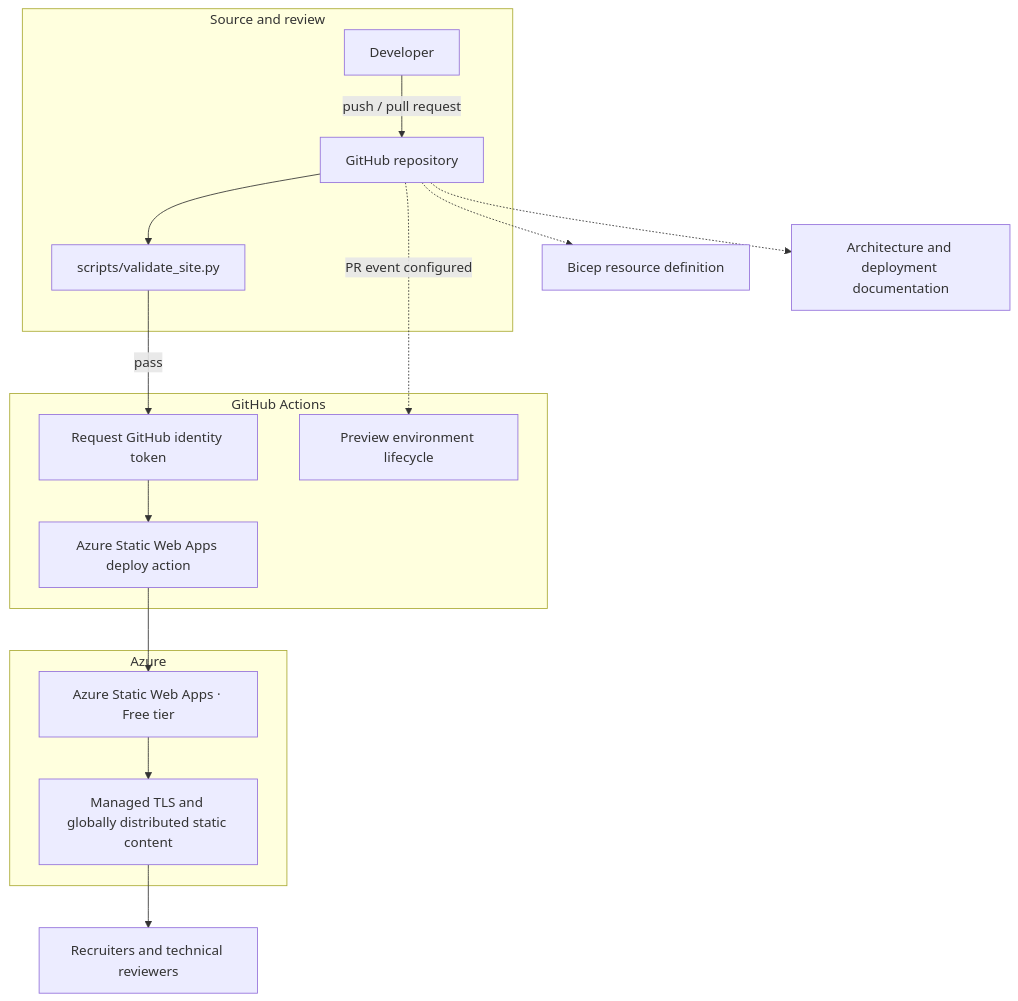
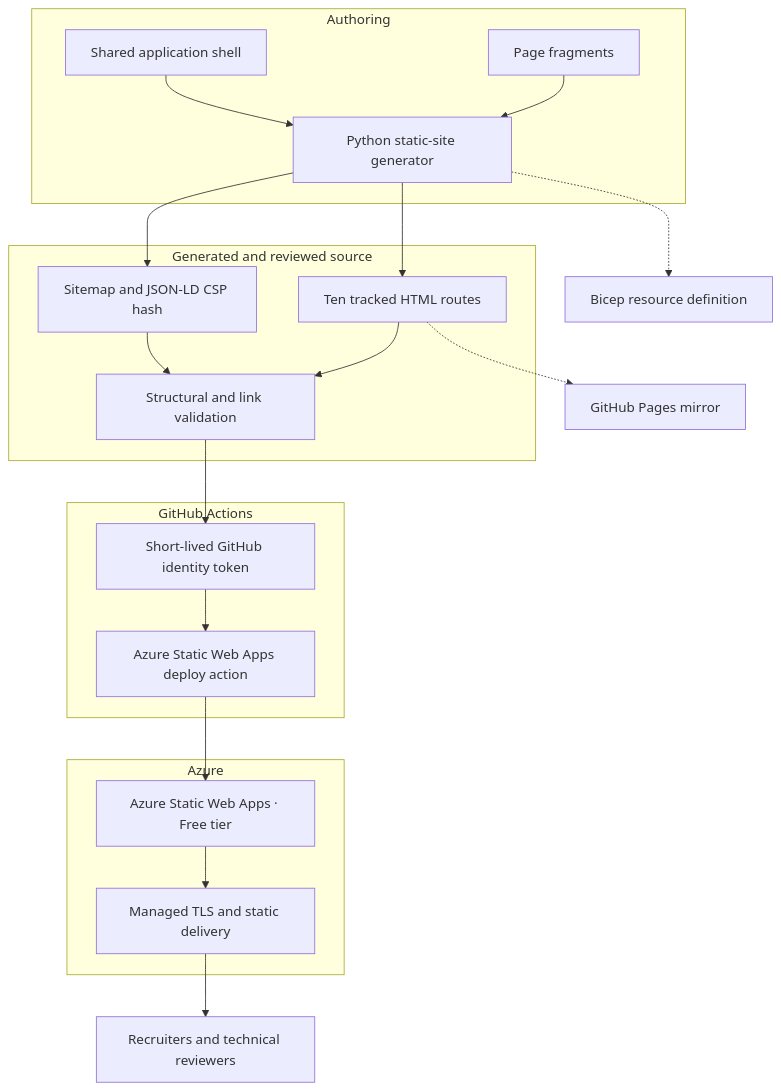
One commit to yossefseit/yossefseit.github.io changed the diagram in docs/architecture.md. Above: the diagram before and after it, drawn with Mermaid. The commit also changed other lines of this file and 63 other files, not shown here.

````diff
--- a/docs/architecture.md
+++ b/docs/architecture.md
@@ -12,22 +12,31 @@
 ```mermaid
 flowchart TD
-    subgraph Source["Source and review"]
-        Developer["Developer"] -->|"push / pull request"| Repository["GitHub repository"]
-        Repository --> Validator["scripts/validate_site.py"]
+    subgraph Authoring["Authoring"]
+        Content["Page fragments"]
+        Template["Shared application shell"]
+        Generator["Python static-site generator"]
+        Content --> Generator
+        Template --> Generator
+    end
+
+    subgraph Review["Generated and reviewed source"]
+        Generator --> Pages["Ten tracked HTML routes"]
+        Generator --> Metadata["Sitemap and JSON-LD CSP hash"]
+        Pages --> Validator["Structural and link validation"]
+        Metadata --> Validator
     end
 
     subgraph Delivery["GitHub Actions"]
-        Validator -->|"pass"| Identity["Request GitHub identity token"]
+        Validator --> Identity["Short-lived GitHub identity token"]
         Identity --> Upload["Azure Static Web Apps deploy action"]
-        Repository -.->|"PR event configured"| Preview["Preview environment lifecycle"]
     end
 
     subgraph Azure["Azure"]
         Upload --> SWA["Azure Static Web Apps · Free tier"]
-        SWA --> Edge["Managed TLS and globally distributed static content"]
+        SWA --> Edge["Managed TLS and static delivery"]
     end
 
     Edge --> Visitors["Recruiters and technical reviewers"]
-    Repository -.-> IaC["Bicep resource definition"]
-    Repository -.-> Runbooks["Architecture and deployment documentation"]
+    Pages -.-> GitHubPages["GitHub Pages mirror"]
+    Generator -.-> IaC["Bicep resource definition"]
 ```
````
